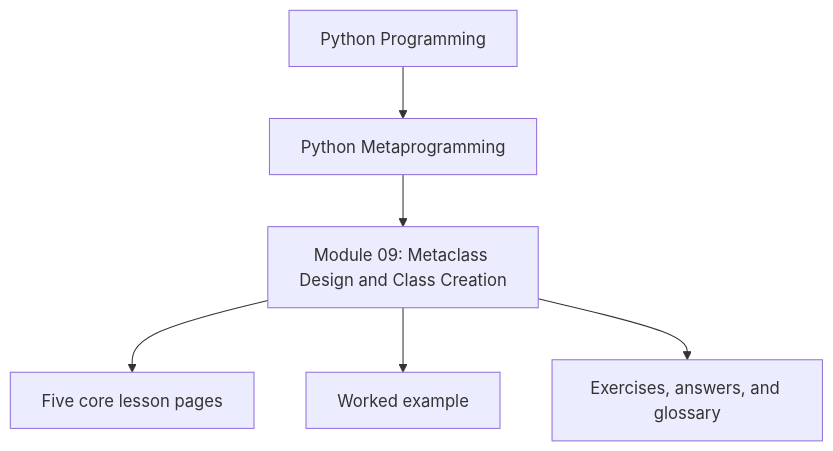
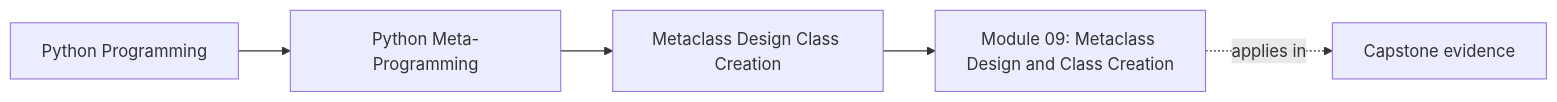
The first of 2 diagrams in programs/python-programming/python-meta-programming/course-book/module-09-metaclass-design-class-creation/index.md (bijux/bijux-masterclass), drawn with Mermaid before and after one commit. The commit also changed other lines of this file and 91 other files, not shown here.

Commit message:
docs(python-meta-programming): map advanced runtime and capstone surfaces

````diff
--- a/programs/python-programming/python-meta-programming/course-book/module-09-metaclass-design-class-creation/index.md
+++ b/programs/python-programming/python-meta-programming/course-book/module-09-metaclass-design-class-creation/index.md
@@ -6,8 +6,11 @@
 ```mermaid
-flowchart TD
-  family["Python Programming"] --> program["Python Metaprogramming"]
-  program --> module["Module 09: Metaclass Design and Class Creation"]
-  module --> cores["Five core lesson pages"]
-  module --> example["Worked example"]
-  module --> practice["Exercises, answers, and glossary"]
+graph LR
+  family["Python Programming"]
+  program["Python Meta-Programming"]
+  section["Metaclass Design Class Creation"]
+  page["Module 09: Metaclass Design and Class Creation"]
+  capstone["Capstone evidence"]
+
+  family --> program --> section --> page
+  page -.applies in.-> capstone
 ```
````
